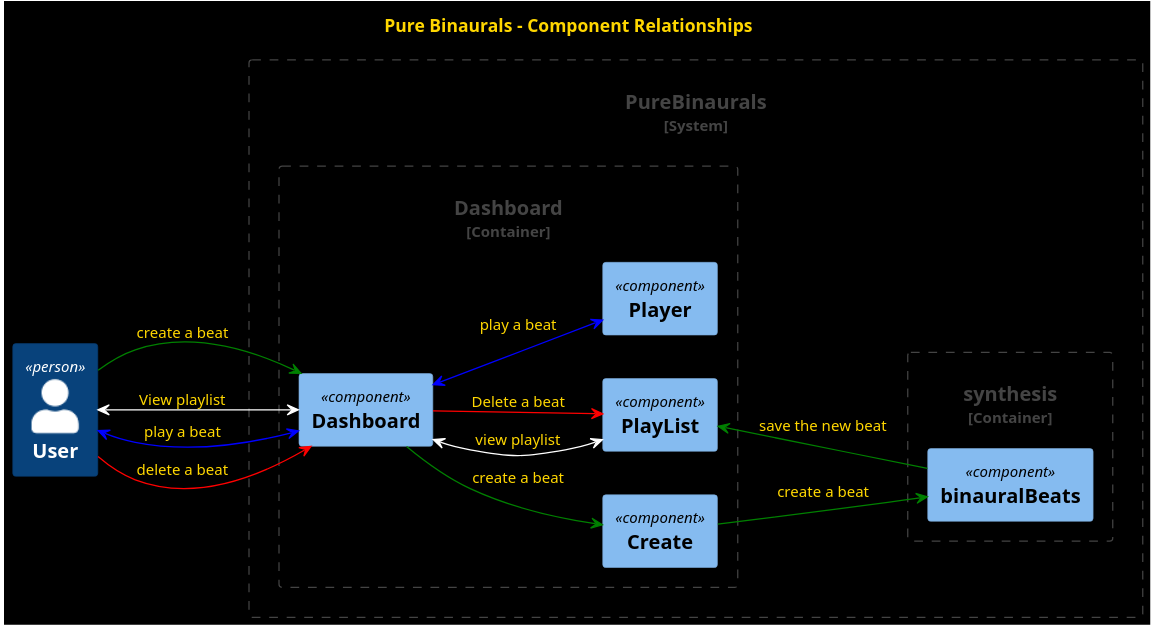
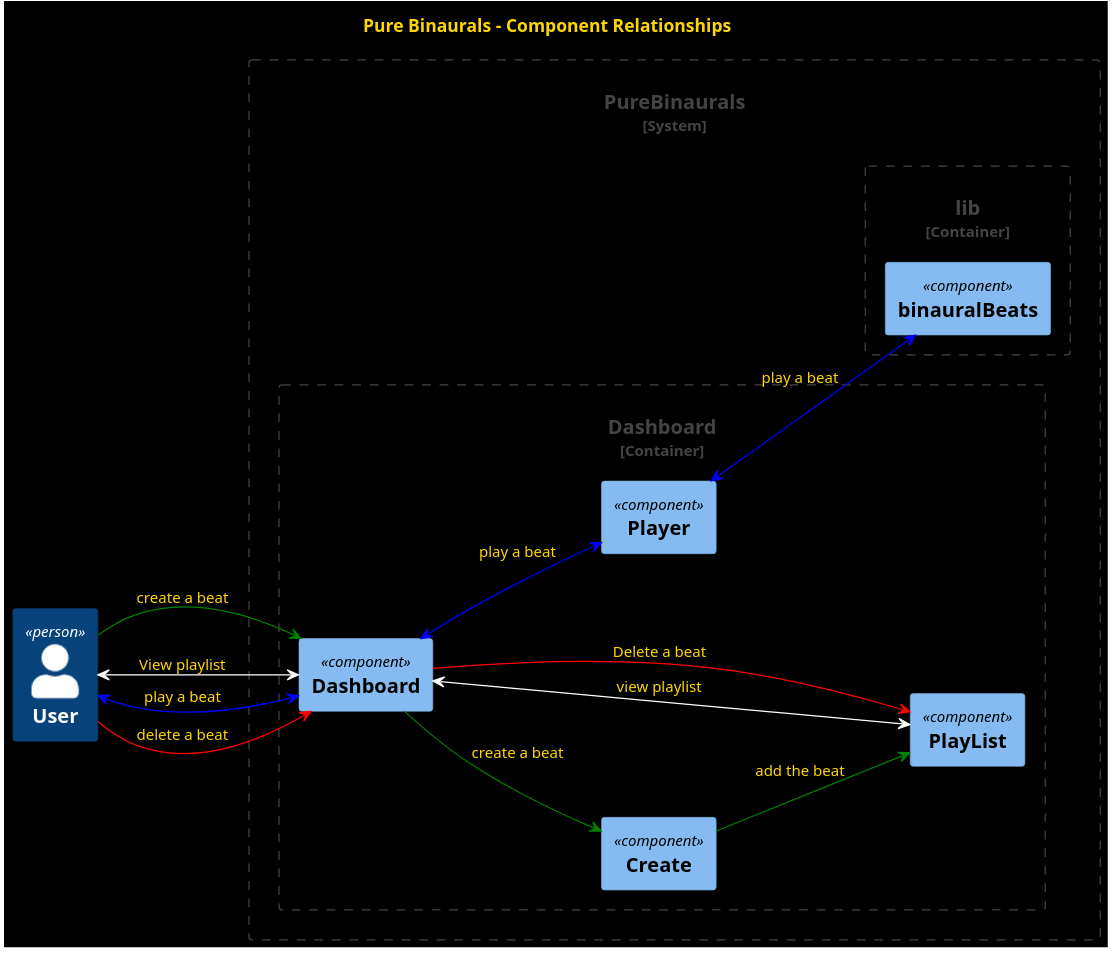
One commit to maxamed1st/pureBinaurals changed the diagram in planning/componentRelationships.puml. Above: the diagram before and after it, drawn with PlantUML. The commit also changed 2 other files, not shown here.

Commit message:
Update The Diagram

```diff
--- a/planning/componentRelationships.puml
+++ b/planning/componentRelationships.puml
@@ -1,48 +1,48 @@
-@startuml Pure Binaurals Components
+@startuml Pure-Binaurals-Components
 
 title Pure Binaurals - Component Relationships
 
 left to right direction
 
 set separator none
 
 !include <C4/C4>
 !include <C4/C4_Context>
 !include <C4/C4_Component>
 
 skinparam BackgroundColor black
 skinparam DefaultFontColor gold
 
 Person(User, "User")
 System_Boundary(PureBinaurals, "PureBinaurals") {
   Container_Boundary(Dashboard, "Dashboard") {
     Component(Dashboard.Dashboard, "Dashboard")
     Component(Dashboard.Create, "Create")
     Component(Dashboard.PlayList, "PlayList")
     Component(Dashboard.Player, "Player")
   }
 
-  Container_Boundary(synthesis, "synthesis") {
-    Component(synthesis.binauralBeats, "binauralBeats")
+  Container_Boundary(lib, "lib") {
+    Component(lib.binauralBeats, "binauralBeats")
   }
 }
 
 'Create and save new beat
 skinparam ArrowColor green
 User --> Dashboard.Dashboard: "create a beat"
 Dashboard.Dashboard --> Dashboard.Create: "create a beat"
-Dashboard.Create --> synthesis.binauralBeats: "create a beat"
-synthesis.binauralBeats --> Dashboard.PlayList: "save the new beat"
+Dashboard.Create --> Dashboard.PlayList: "add the beat"
 'view playlist
 skinparam ArrowColor white
 User <--> Dashboard.Dashboard: "View playlist"
 Dashboard.Dashboard <--> Dashboard.PlayList: "view playlist"
 'Play beat
 skinparam ArrowColor blue
 User <--> Dashboard.Dashboard: "play a beat"
 Dashboard.Dashboard <--> Dashboard.Player: "play a beat"
+Dashboard.Player <--> lib.binauralBeats: "play a beat"
 'delete a beat
 skinparam ArrowColor red
 User --> Dashboard.Dashboard: "delete a beat"
 Dashboard.Dashboard --> Dashboard.PlayList: "Delete a beat"
 @enduml
```
